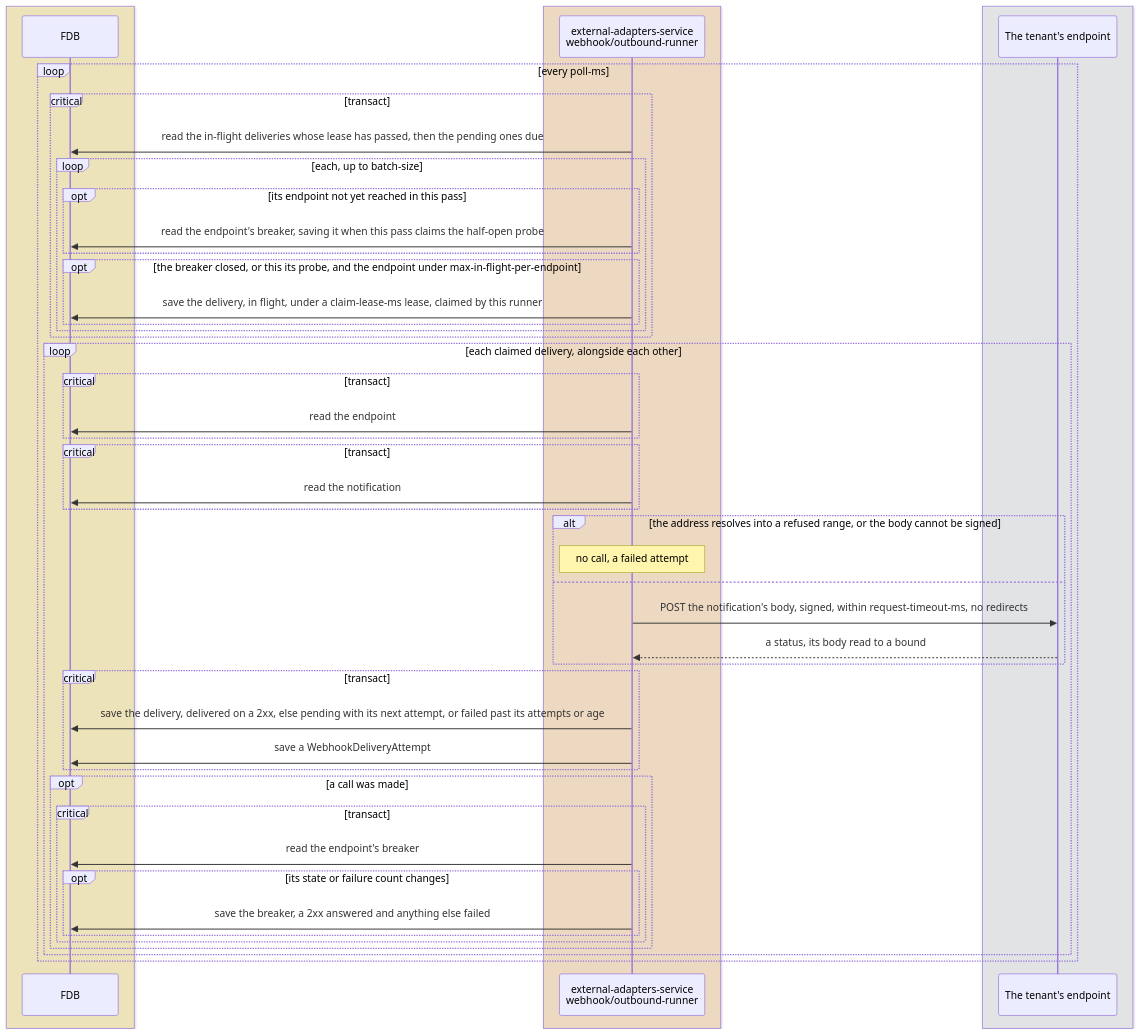
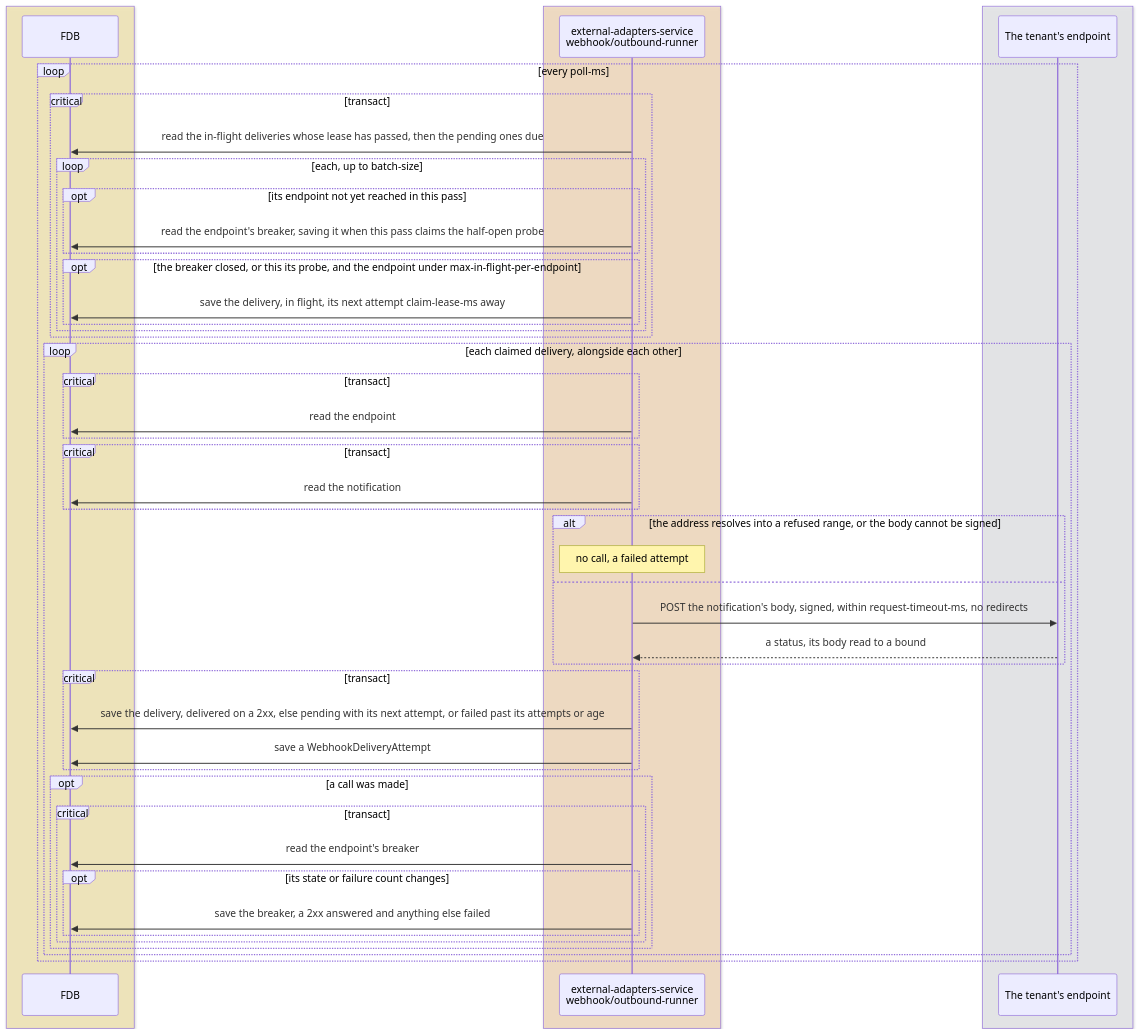
The third of 3 diagrams in docs/tdd/webhooks.md (repldriven/queenswood), drawn with Mermaid before and after one commit. The commit also changed other lines of this file and 1030 other files, not shown here.

````diff
--- a/docs/tdd/webhooks.md
+++ b/docs/tdd/webhooks.md
@@ -502,51 +504,51 @@
 ```mermaid
 sequenceDiagram
     box rgba(255, 236, 153, 0.5)
     participant DB as FDB
     end
     box rgba(255, 216, 168, 0.5)
     participant WR as external-adapters-service<br/>webhook/outbound-runner
     end
     box rgba(233, 236, 239, 0.5)
     participant E as The tenant's endpoint
     end
     loop every poll-ms
     critical transact
     WR->>DB: read the in-flight deliveries whose lease has passed, then the pending ones due
     loop each, up to batch-size
     opt its endpoint not yet reached in this pass
     WR->>DB: read the endpoint's breaker, saving it when this pass claims the half-open probe
     end
     opt the breaker closed, or this its probe, and the endpoint under max-in-flight-per-endpoint
-    WR->>DB: save the delivery, in flight, under a claim-lease-ms lease, claimed by this runner
+    WR->>DB: save the delivery, in flight, its next attempt claim-lease-ms away
     end
     end
     end
     loop each claimed delivery, alongside each other
     critical transact
     WR->>DB: read the endpoint
     end
     critical transact
     WR->>DB: read the notification
     end
     alt the address resolves into a refused range, or the body cannot be signed
     Note over WR: no call, a failed attempt
     else
     WR->>E: POST the notification's body, signed, within request-timeout-ms, no redirects
     E-->>WR: a status, its body read to a bound
     end
     critical transact
     WR->>DB: save the delivery, delivered on a 2xx, else pending with its next attempt, or failed past its attempts or age
     WR->>DB: save a WebhookDeliveryAttempt
     end
     opt a call was made
     critical transact
     WR->>DB: read the endpoint's breaker
     opt its state or failure count changes
     WR->>DB: save the breaker, a 2xx answered and anything else failed
     end
     end
     end
     end
     end
 ```
````
